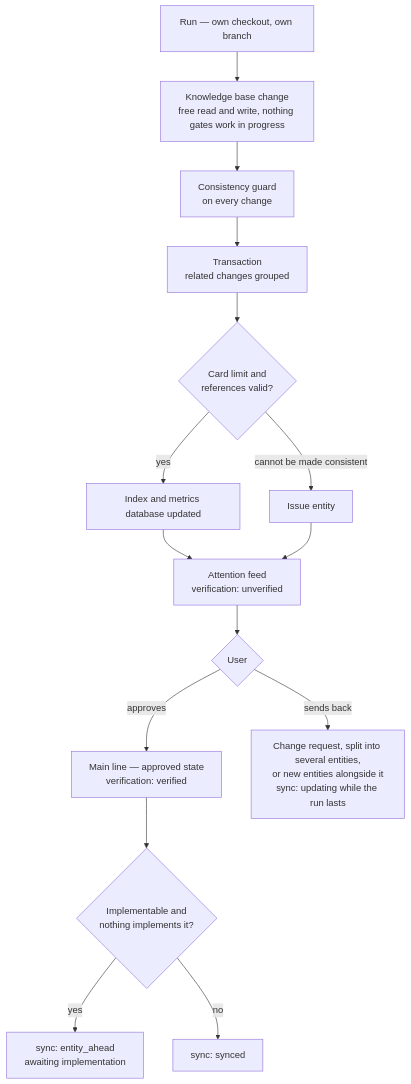
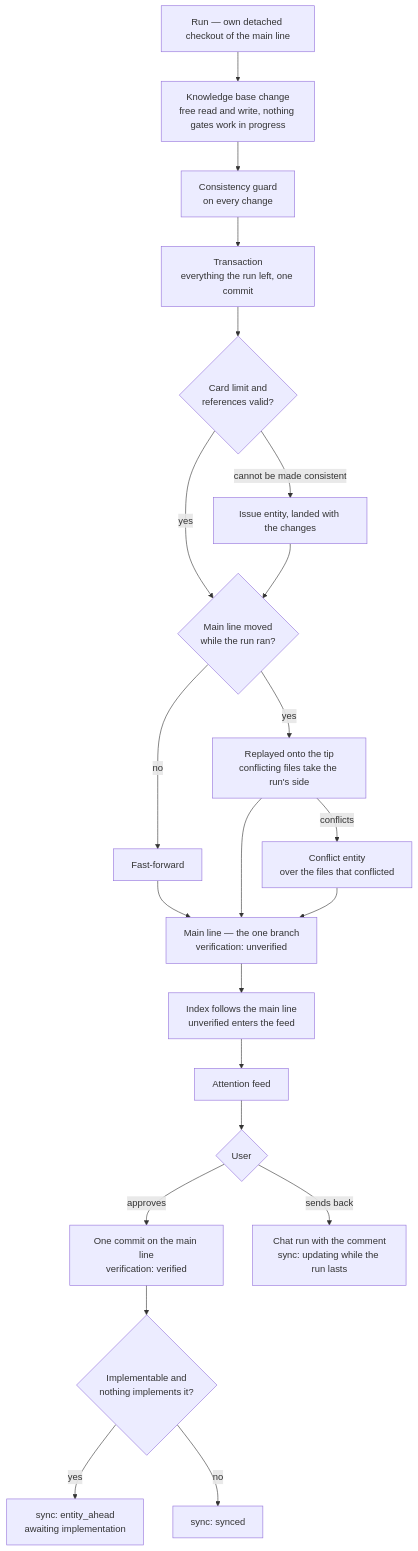
Before and after one commit to Aleksander1111/momentum: the first of 2 diagrams in docs/diagrams/07-change-to-main-line.md, drawn with Mermaid. The commit also changed other lines of this file and 67 other files, not shown here.

First line of the commit message:
Land every run on the main line: no run branches, automation runs queued per project

````diff
--- a/docs/diagrams/07-change-to-main-line.md
+++ b/docs/diagrams/07-change-to-main-line.md
@@ -5,25 +5,33 @@
 ```mermaid
 flowchart TB
-  Run["Run — own checkout, own branch"]
+  Run["Run — own detached checkout of the main line"]
   Change["Knowledge base change<br/>free read and write, nothing gates work in progress"]
   Guard["Consistency guard<br/>on every change"]
-  Tx["Transaction<br/>related changes grouped"]
+  Tx["Transaction<br/>everything the run left, one commit"]
   Valid{"Card limit and<br/>references valid?"}
-  Issue["Issue entity"]
-  Index["Index and metrics database updated"]
-  Feed["Attention feed<br/>verification: unverified"]
+  Issue["Issue entity, landed with the changes"]
+  Moved{"Main line moved<br/>while the run ran?"}
+  FF["Fast-forward"]
+  Replay["Replayed onto the tip<br/>conflicting files take the run's side"]
+  Conflict["Conflict entity<br/>over the files that conflicted"]
+  Main["Main line — the one branch<br/>verification: unverified"]
+  Index["Index follows the main line<br/>unverified enters the feed"]
+  Feed["Attention feed"]
   User{"User"}
-  Main["Main line — approved state<br/>verification: verified"]
+  Verified["One commit on the main line<br/>verification: verified"]
   Impl{"Implementable and<br/>nothing implements it?"}
   Ahead["sync: entity_ahead<br/>awaiting implementation"]
   Synced["sync: synced"]
-  Back["Change request, split into several entities,<br/>or new entities alongside it<br/>sync: updating while the run lasts"]
+  Back["Chat run with the comment<br/>sync: updating while the run lasts"]
   Run --> Change --> Guard --> Tx --> Valid
-  Valid -->|"yes"| Index --> Feed
-  Valid -->|"cannot be made consistent"| Issue --> Feed
-  Feed --> User
-  User -->|"approves"| Main --> Impl
+  Valid -->|"yes"| Moved
+  Valid -->|"cannot be made consistent"| Issue --> Moved
+  Moved -->|"no"| FF --> Main
+  Moved -->|"yes"| Replay --> Main
+  Replay -->|"conflicts"| Conflict --> Main
+  Main --> Index --> Feed --> User
+  User -->|"approves"| Verified --> Impl
   Impl -->|"yes"| Ahead
   Impl -->|"no"| Synced
   User -->|"sends back"| Back
 ```
````
